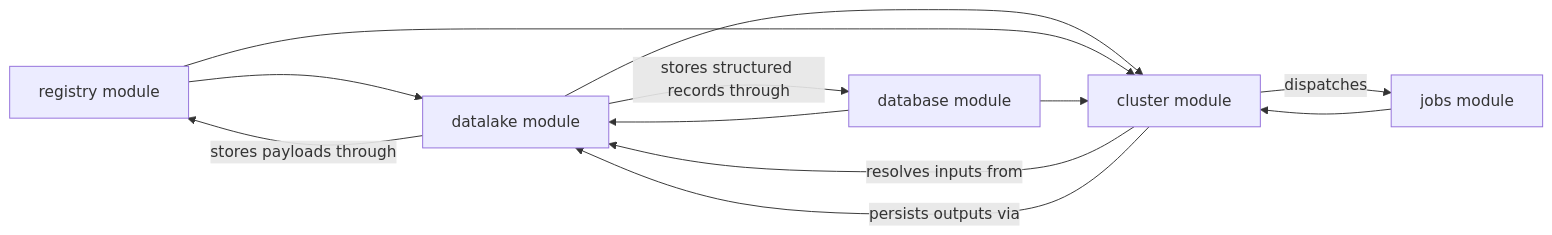
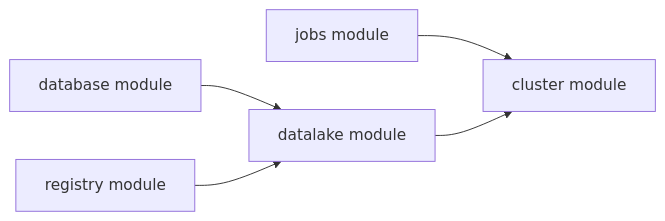
One commit to Mindtrace/mindtrace changed the seventh of 8 diagrams in docs/datalake-v3-proposal.md. Above: the diagram before and after it, drawn with Mermaid.

Commit message:
docs: simplify module dependency diagram

````diff
--- a/docs/datalake-v3-proposal.md
+++ b/docs/datalake-v3-proposal.md
@@ -1316,14 +1316,7 @@
 ```mermaid
 flowchart LR
-    REG[registry module] --> DL[datalake module]
-    DB[database module] --> DL
+    DB[database module] --> DL[datalake module]
+    REG[registry module] --> DL
     JOBS[jobs module] --> CL[cluster module]
     DL --> CL
-    REG --> CL
-    DB --> CL
-    CL -->|resolves inputs from| DL
-    CL -->|dispatches| JOBS
-    CL -->|persists outputs via| DL
-    DL -->|stores payloads through| REG
-    DL -->|stores structured records through| DB
 ```
````
